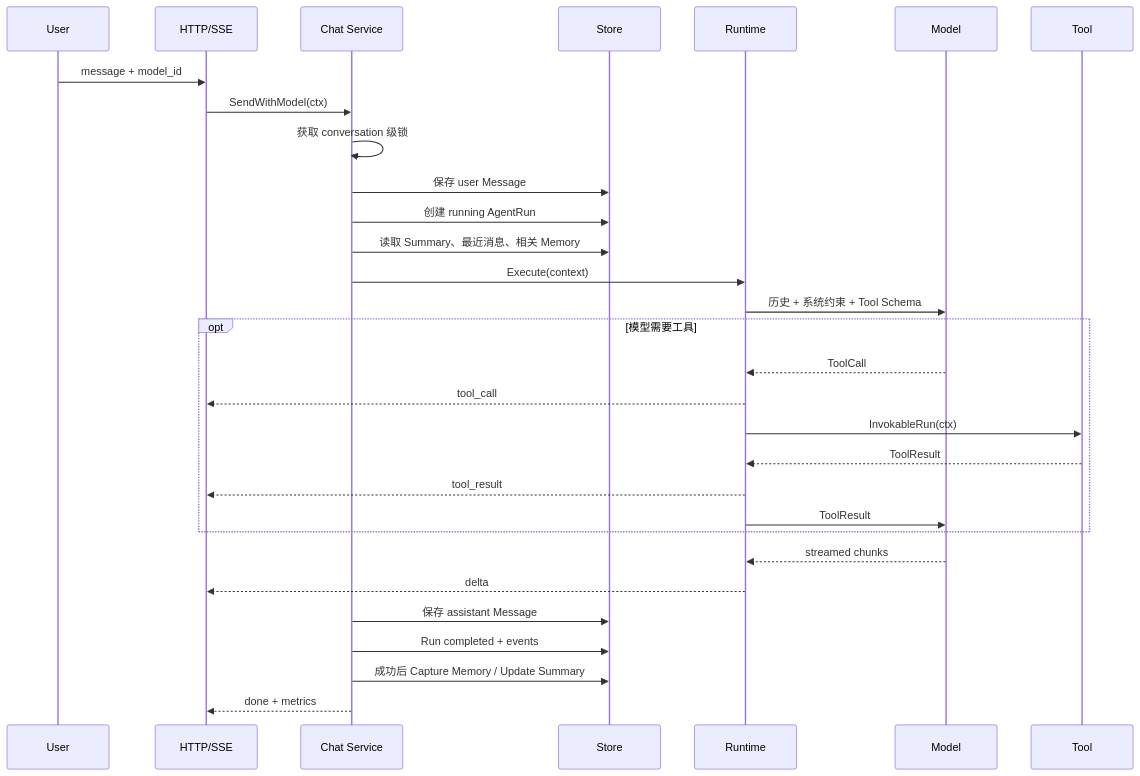
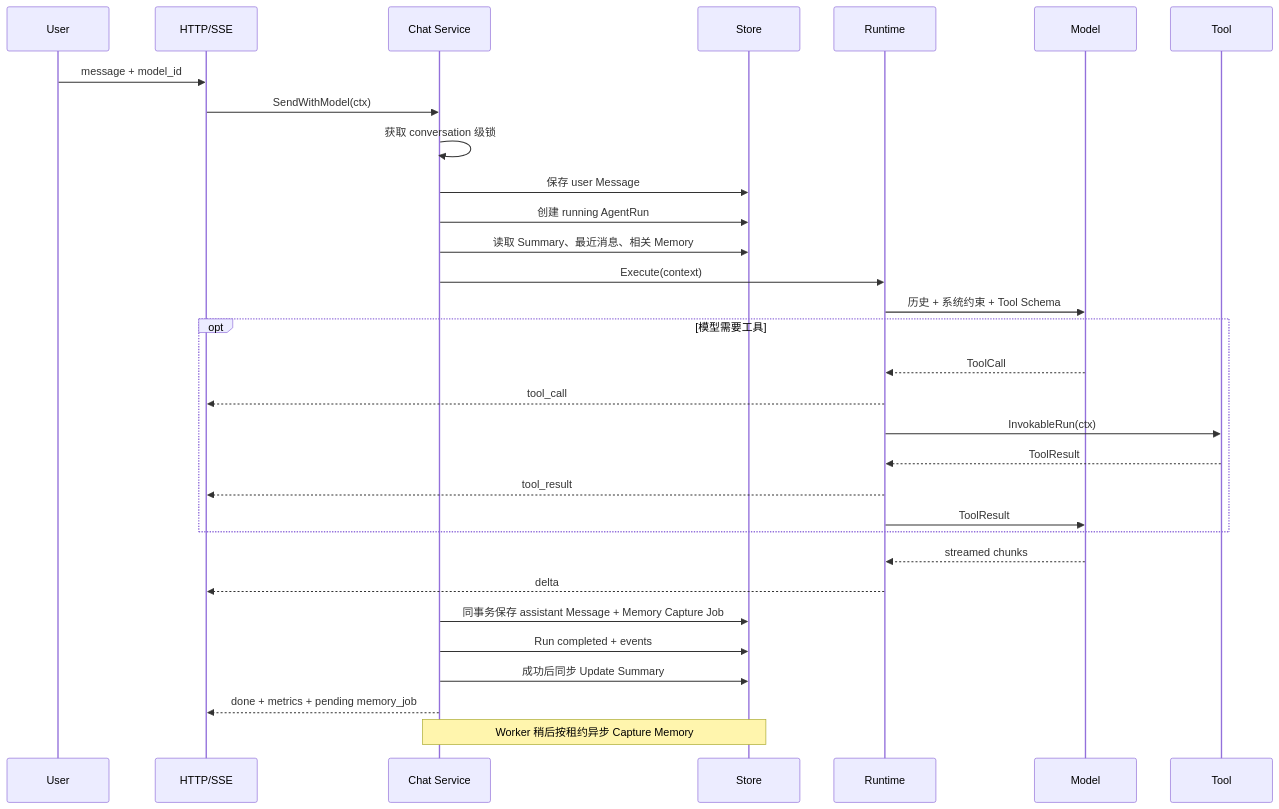
The third of 9 diagrams in docs/project-analysis.md (zora-DD/zora), drawn with Mermaid before and after one commit. The commit also changed other lines of this file and 37 other files, not shown here.

````diff
--- a/docs/project-analysis.md
+++ b/docs/project-analysis.md
@@ -389,33 +403,34 @@
 ```mermaid
 sequenceDiagram
     participant U as User
     participant H as HTTP/SSE
     participant C as Chat Service
     participant S as Store
     participant R as Runtime
     participant M as Model
     participant T as Tool
 
     U->>H: message + model_id
     H->>C: SendWithModel(ctx)
     C->>C: 获取 conversation 级锁
     C->>S: 保存 user Message
     C->>S: 创建 running AgentRun
     C->>S: 读取 Summary、最近消息、相关 Memory
     C->>R: Execute(context)
     R->>M: 历史 + 系统约束 + Tool Schema
     opt 模型需要工具
         M-->>R: ToolCall
         R-->>H: tool_call
         R->>T: InvokableRun(ctx)
         T-->>R: ToolResult
         R-->>H: tool_result
         R->>M: ToolResult
     end
     M-->>R: streamed chunks
     R-->>H: delta
-    C->>S: 保存 assistant Message
+    C->>S: 同事务保存 assistant Message + Memory Capture Job
     C->>S: Run completed + events
-    C->>S: 成功后 Capture Memory / Update Summary
-    C-->>H: done + metrics
+    C->>S: 成功后同步 Update Summary
+    C-->>H: done + metrics + pending memory_job
+    Note over C,S: Worker 稍后按租约异步 Capture Memory
 ```
````
